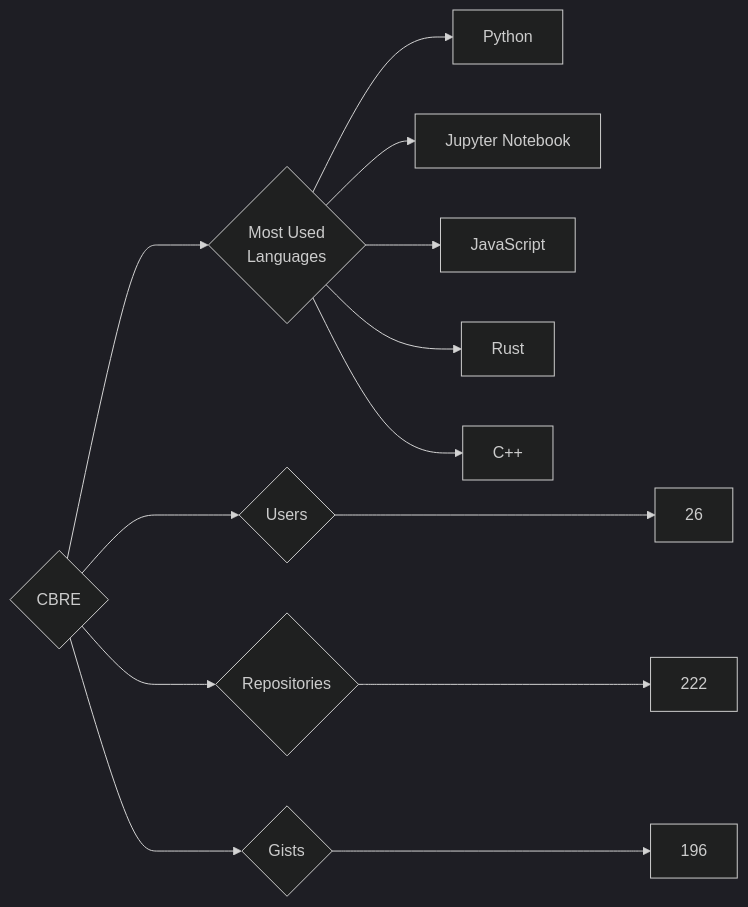
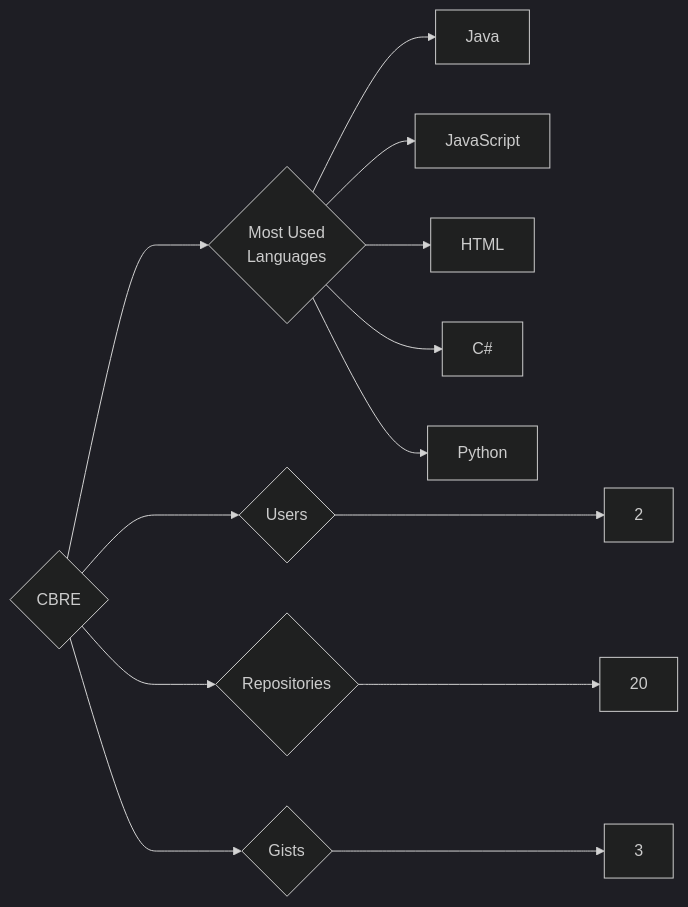
The diagram in targets/CBRE/README.md (trickest/insiders), drawn with Mermaid (dark theme) before and after one commit. The commit also changed 611 other files, not shown here.

````diff
--- a/targets/CBRE/README.md
+++ b/targets/CBRE/README.md
@@ -3,13 +3,13 @@
 ```mermaid
 graph LR
 COMPANY_NAME{CBRE}
-COMPANY_NAME ---> U{Users} ---> UN[26]
-COMPANY_NAME ---> R{Repositories} ---> RN[222]
-COMPANY_NAME ---> G{Gists} ---> GN[196]
+COMPANY_NAME ---> U{Users} ---> UN[2]
+COMPANY_NAME ---> R{Repositories} ---> RN[20]
+COMPANY_NAME ---> G{Gists} ---> GN[3]
 COMPANY_NAME ---> ML{Most Used<br>Languages}
+ML --> Java[Java]
+ML --> JavaScript[JavaScript]
+ML --> HTML[HTML]
+ML --> C#[C#]
 ML --> Python[Python]
-ML --> Jupyter_Notebook[Jupyter Notebook]
-ML --> JavaScript[JavaScript]
-ML --> Rust[Rust]
-ML --> C++[C++]
 ```
````
